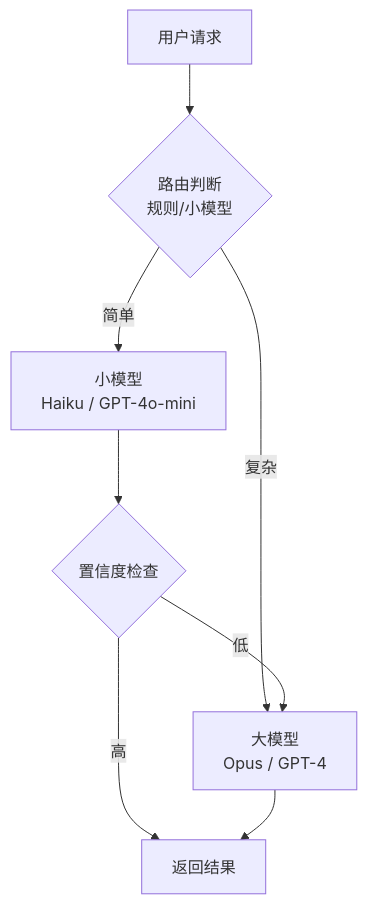
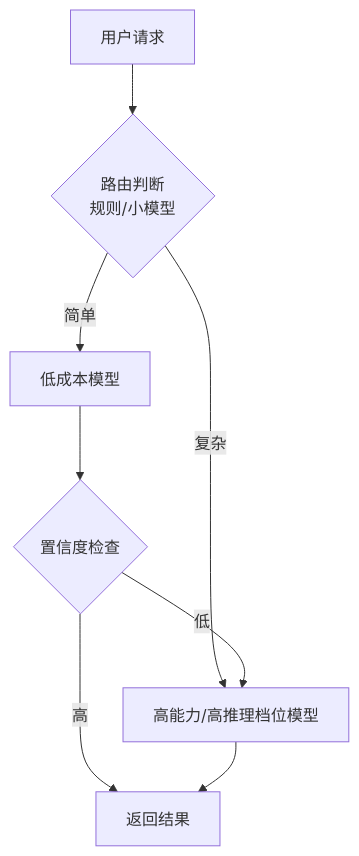
The sixth of 6 diagrams in docs/ai-technology/ai-system-design.md (liukun2634/dev-interview-guide), drawn with Mermaid before and after one commit. The commit also changed other lines of this file and 58 other files, not shown here.

````diff
--- a/docs/ai-technology/ai-system-design.md
+++ b/docs/ai-technology/ai-system-design.md
@@ -485,10 +505,10 @@
 ```mermaid
 graph TD
     A["用户请求"] --> B{"路由判断<br/>规则/小模型"}
-    B -->|简单| C["小模型<br/>Haiku / GPT-4o-mini"]
-    B -->|复杂| D["大模型<br/>Opus / GPT-4"]
+    B -->|简单| C["低成本模型"]
+    B -->|复杂| D["高能力/高推理档位模型"]
     C --> E{"置信度检查"}
     E -->|低| D
     E -->|高| F["返回结果"]
     D --> F
 ```
````
